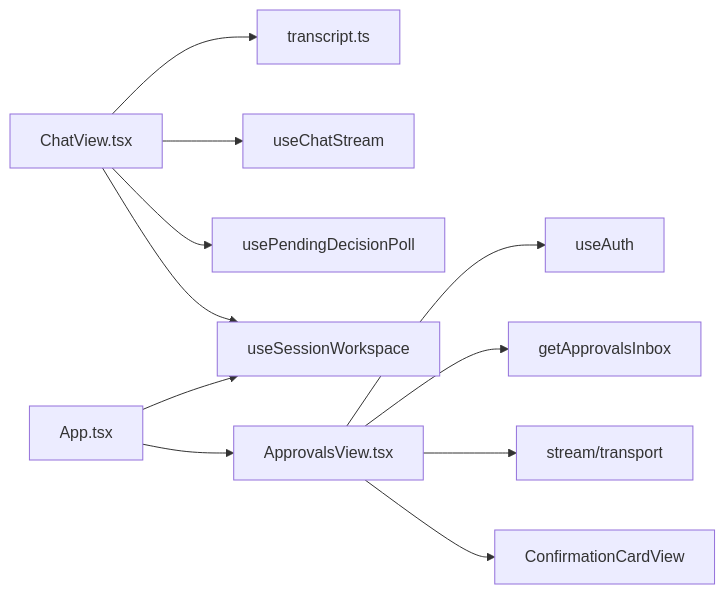
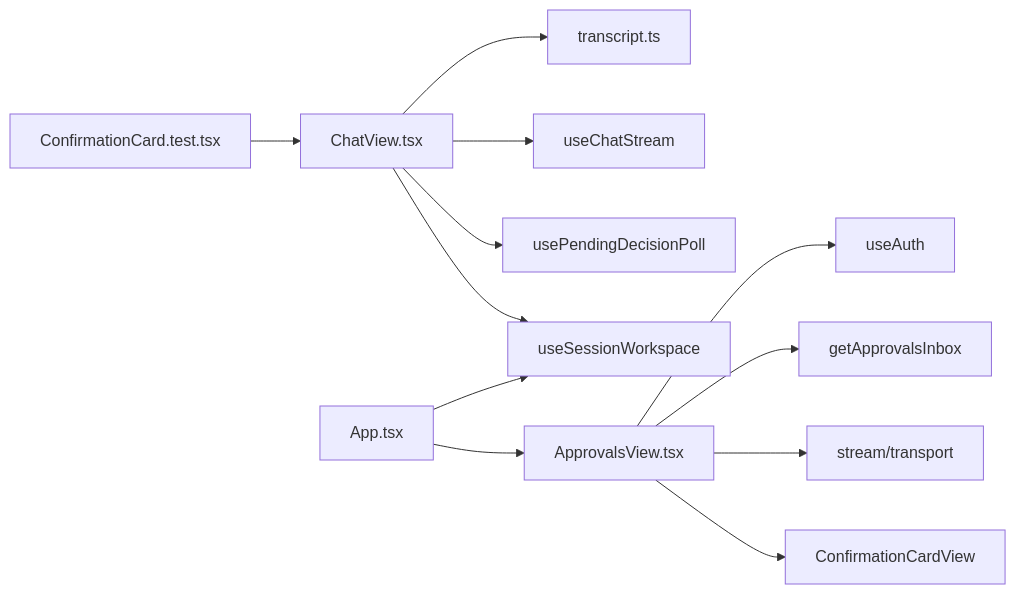
One commit to metasync/luban-aiops changed the eighth of 8 diagrams in .qoder/repowiki/en/content/Architecture Documentation/SPEC-034_ Approval & Owner Chat UX Polish.md. Above: the diagram before and after it, drawn with Mermaid. The commit also changed other lines of this file and 3 other files, not shown here.

````diff
--- a/.qoder/repowiki/en/content/Architecture Documentation/SPEC-034_ Approval & Owner Chat UX Polish.md
+++ b/.qoder/repowiki/en/content/Architecture Documentation/SPEC-034_ Approval & Owner Chat UX Polish.md
@@ -272,13 +325,14 @@
 ```mermaid
 graph LR
 ChatView["ChatView.tsx"] --> Transcript["transcript.ts"]
 ChatView --> Stream["useChatStream"]
 ChatView --> Poll["usePendingDecisionPoll"]
 ChatView --> Workspace["useSessionWorkspace"]
 ApprovalsView["ApprovalsView.tsx"] --> Auth["useAuth"]
 ApprovalsView --> API["getApprovalsInbox"]
 ApprovalsView --> Transport["stream/transport"]
 ApprovalsView --> Card["ConfirmationCardView"]
 App["App.tsx"] --> ApprovalsView
 App --> Workspace
+ConfirmationCardTest["ConfirmationCard.test.tsx"] --> ChatView
 ```
````
